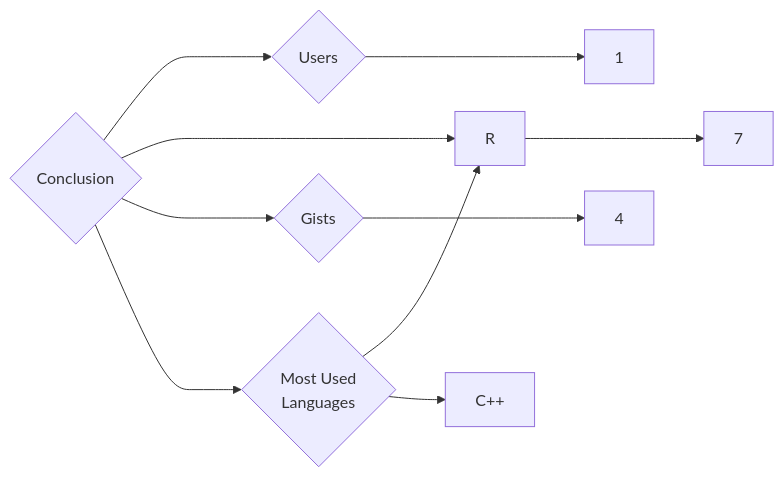
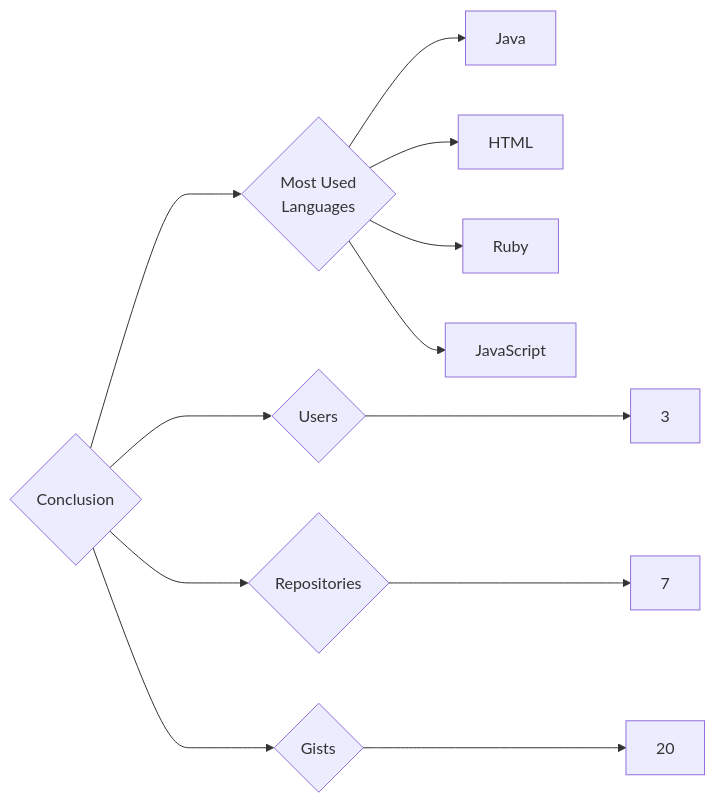
The diagram in targets/Conclusion/README.md (trickest/insiders), drawn with Mermaid before and after one commit. The commit also changed 1238 other files, not shown here.

````diff
--- a/targets/Conclusion/README.md
+++ b/targets/Conclusion/README.md
@@ -3,10 +3,12 @@
 ```mermaid
 graph LR
 COMPANY_NAME{Conclusion}
-COMPANY_NAME ---> U{Users} ---> UN[1]
+COMPANY_NAME ---> U{Users} ---> UN[3]
 COMPANY_NAME ---> R{Repositories} ---> RN[7]
-COMPANY_NAME ---> G{Gists} ---> GN[4]
+COMPANY_NAME ---> G{Gists} ---> GN[20]
 COMPANY_NAME ---> ML{Most Used<br>Languages}
-ML --> R[R]
-ML --> C++[C++]
+ML --> Java[Java]
+ML --> HTML[HTML]
+ML --> Ruby[Ruby]
+ML --> JavaScript[JavaScript]
 ```
````
